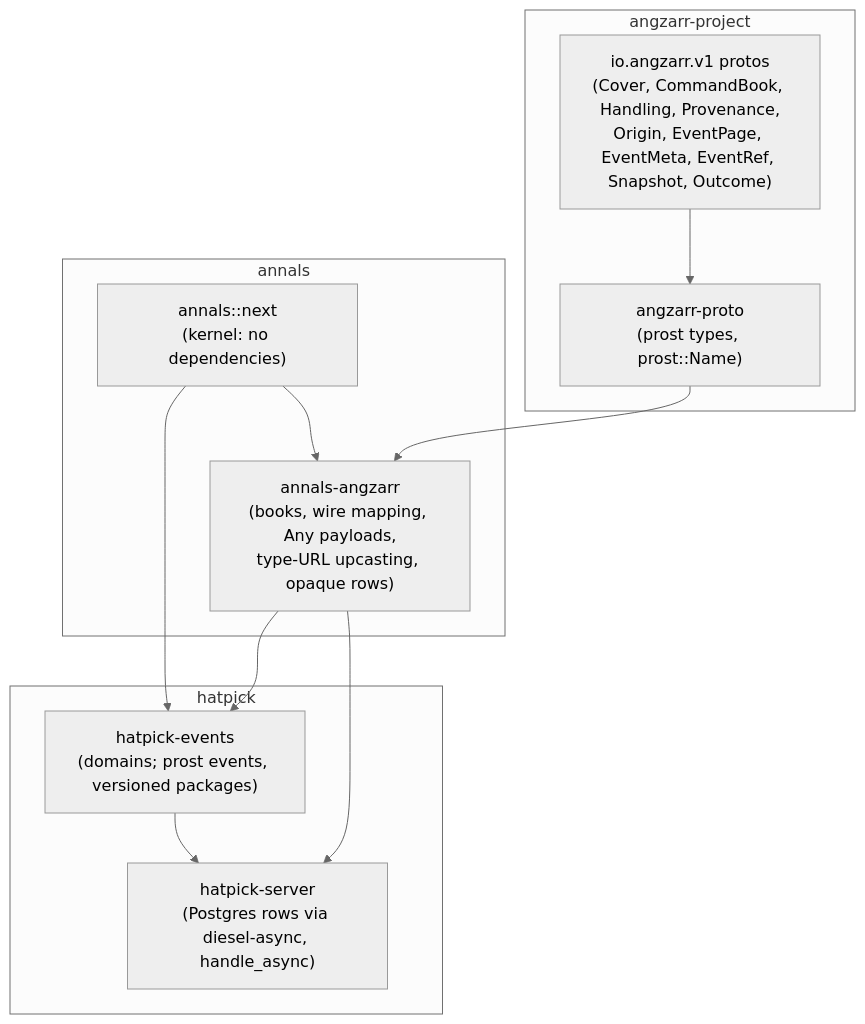
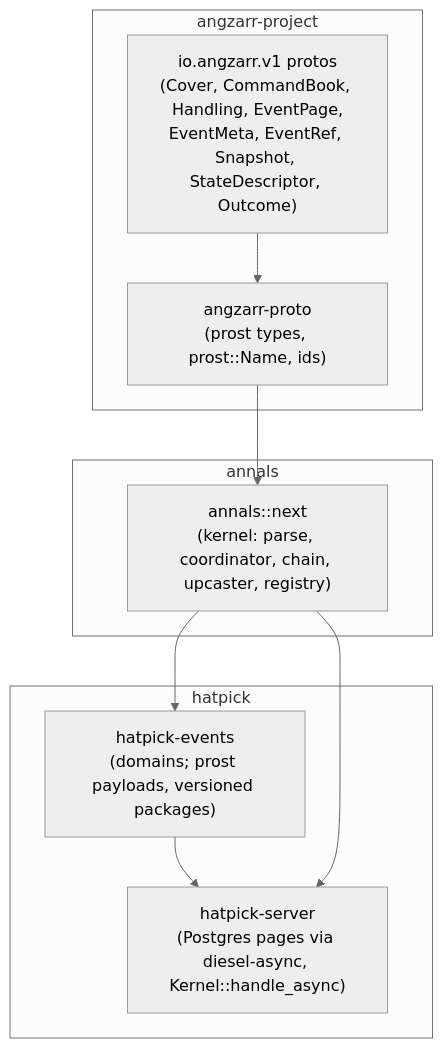
One commit to angzarr-io/angzarr-embedded changed the diagram in docs/design/audit.md. Above: the diagram before and after it, drawn with Mermaid (neutral theme). The commit also changed other lines of this file and 63 other files, not shown here.

First line of the commit message:
Rework the audited-kernel proposal onto angzarr's proto types (eec6676)

````diff
--- a/docs/design/audit.md
+++ b/docs/design/audit.md
@@ -42,22 +50,19 @@
 ```mermaid
 flowchart TB
   subgraph angzarr-project
-    P["io.angzarr.v1 protos<br/>(Cover, CommandBook, Handling, Provenance,<br/>Origin, EventPage, EventMeta, EventRef, Snapshot, Outcome)"]
-    AP["angzarr-proto<br/>(prost types, prost::Name)"]
+    P["io.angzarr.v1 protos<br/>(Cover, CommandBook, Handling, EventPage,<br/>EventMeta, EventRef, Snapshot, StateDescriptor, Outcome)"]
+    AP["angzarr-proto<br/>(prost types, prost::Name, ids)"]
     P --> AP
   end
   subgraph annals
-    K["annals::next<br/>(kernel: no dependencies)"]
-    AA["annals-angzarr<br/>(books, wire mapping, Any payloads,<br/>type-URL upcasting, opaque rows)"]
-    K --> AA
+    K["annals::next<br/>(kernel: parse, coordinator, chain, upcaster, registry)"]
   end
-  AP --> AA
+  AP --> K
   subgraph hatpick
-    E["hatpick-events<br/>(domains; prost events, versioned packages)"]
-    S["hatpick-server<br/>(Postgres rows via diesel-async, handle_async)"]
+    E["hatpick-events<br/>(domains; prost payloads, versioned packages)"]
+    S["hatpick-server<br/>(Postgres pages via diesel-async, Kernel::handle_async)"]
     E --> S
   end
   K --> E
-  AA --> E
-  AA --> S
+  K --> S
 ```
````
